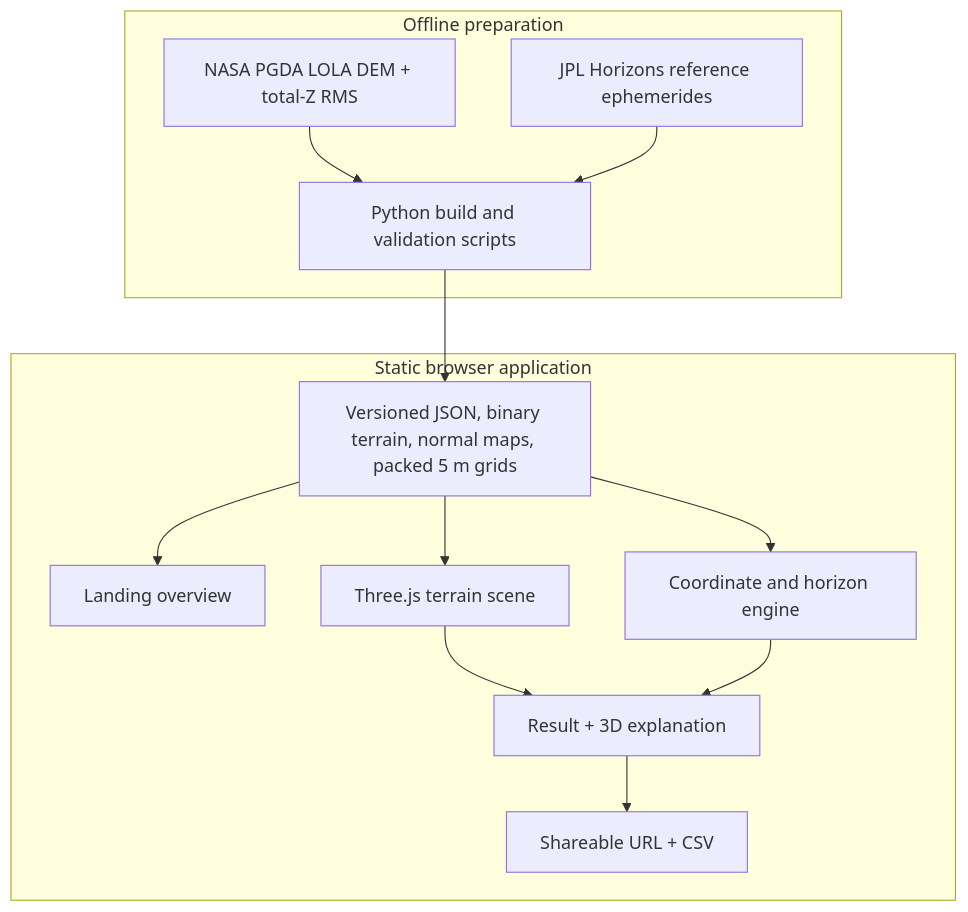
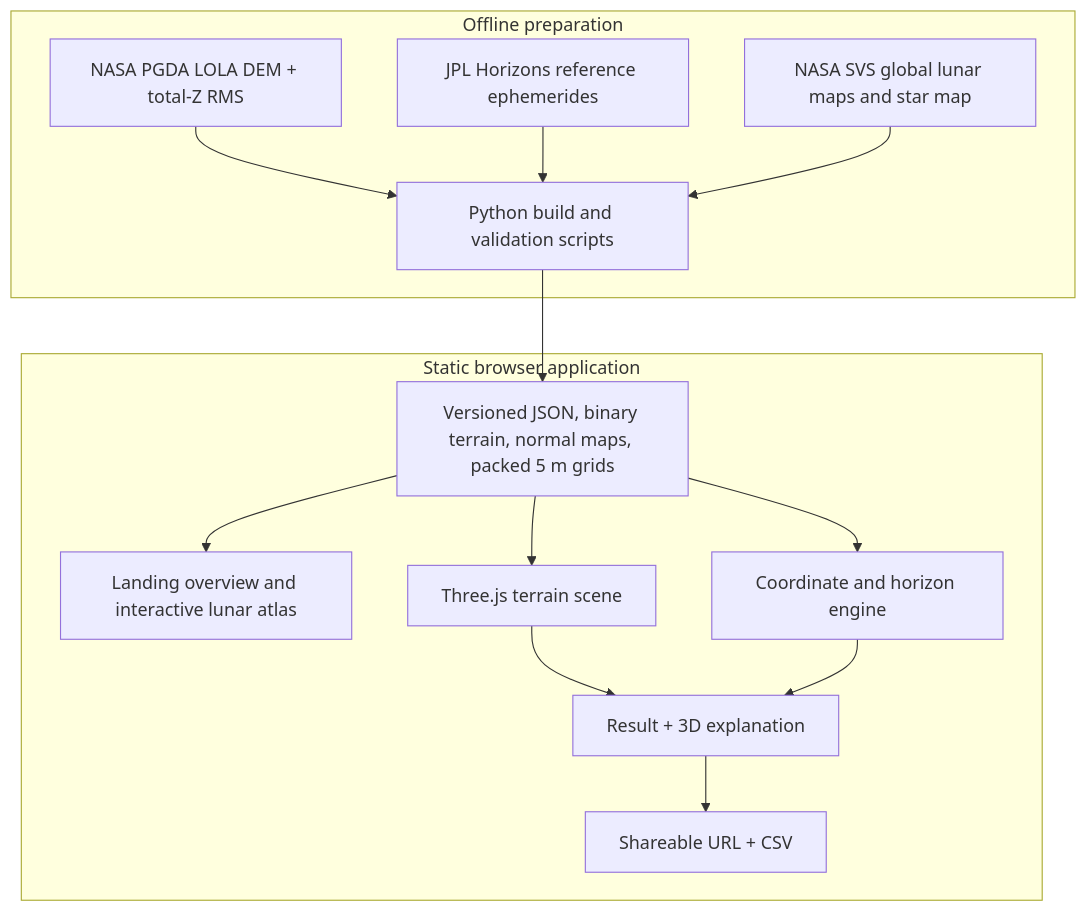
One commit to pablo228sos/Nasa_ZXCteam changed the diagram in docs/ARCHITECTURE.md. Above: the diagram before and after it, drawn with Mermaid. The commit also changed other lines of this file and 23 other files, not shown here.

Commit message:
Add NASA-sourced interactive lunar atlas

````diff
--- a/docs/ARCHITECTURE.md
+++ b/docs/ARCHITECTURE.md
@@ -9,16 +9,17 @@
 ```mermaid
 flowchart TB
   subgraph Preparation[Offline preparation]
     A[NASA PGDA LOLA DEM + total-Z RMS] --> C[Python build and validation scripts]
     B[JPL Horizons reference ephemerides] --> C
+    J[NASA SVS global lunar maps and star map] --> C
   end
   C --> D[Versioned JSON, binary terrain, normal maps, packed 5 m grids]
   subgraph Browser[Static browser application]
-    D --> E[Landing overview]
+    D --> E[Landing overview and interactive lunar atlas]
     D --> F[Three.js terrain scene]
     D --> G[Coordinate and horizon engine]
     F --> H[Result + 3D explanation]
     G --> H
     H --> I[Shareable URL + CSV]
   end
 ```
````
